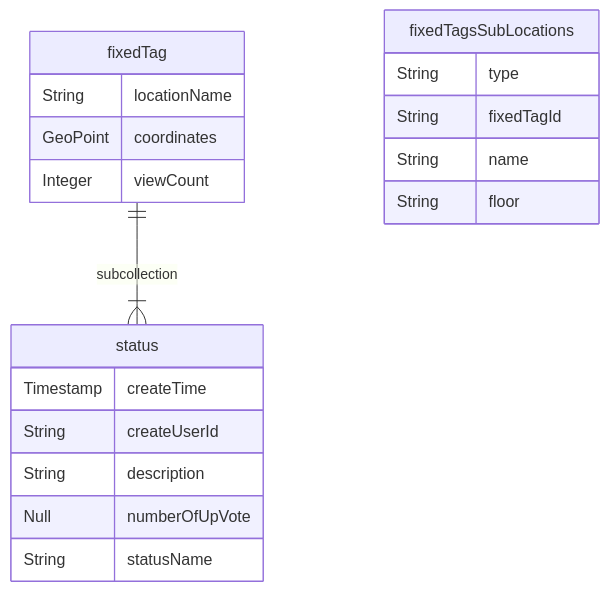
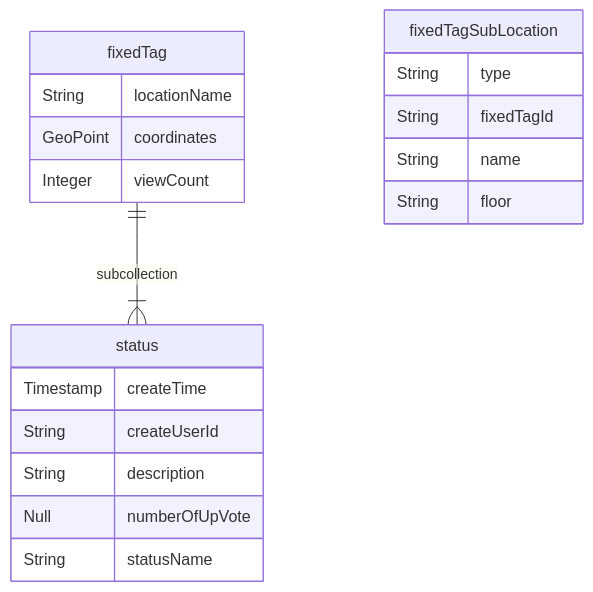
Before and after one commit to stvreumi/CAMPUSbackend: the second of 4 diagrams in docs/firestoreFields.md, drawn with Mermaid. The commit also changed 5 other files, not shown here.

Commit message:
style: :truck: Unite name fixedTagSubLocation and update docs

````diff
--- a/docs/firestoreFields.md
+++ b/docs/firestoreFields.md
@@ -52,24 +52,24 @@
 ```mermaid
 erDiagram
     fixedTag ||--|{ status : subcollection
     fixedTag {
         String locationName
         GeoPoint coordinates
         Integer viewCount
     }
 
-    fixedTagsSubLocations {
+    fixedTagSubLocation {
         String type
         String fixedTagId
         String name
         String floor
     }
 
     status {
         Timestamp createTime
         String createUserId
         String description
         Null numberOfUpVote
         String statusName
     }
 ```
````
